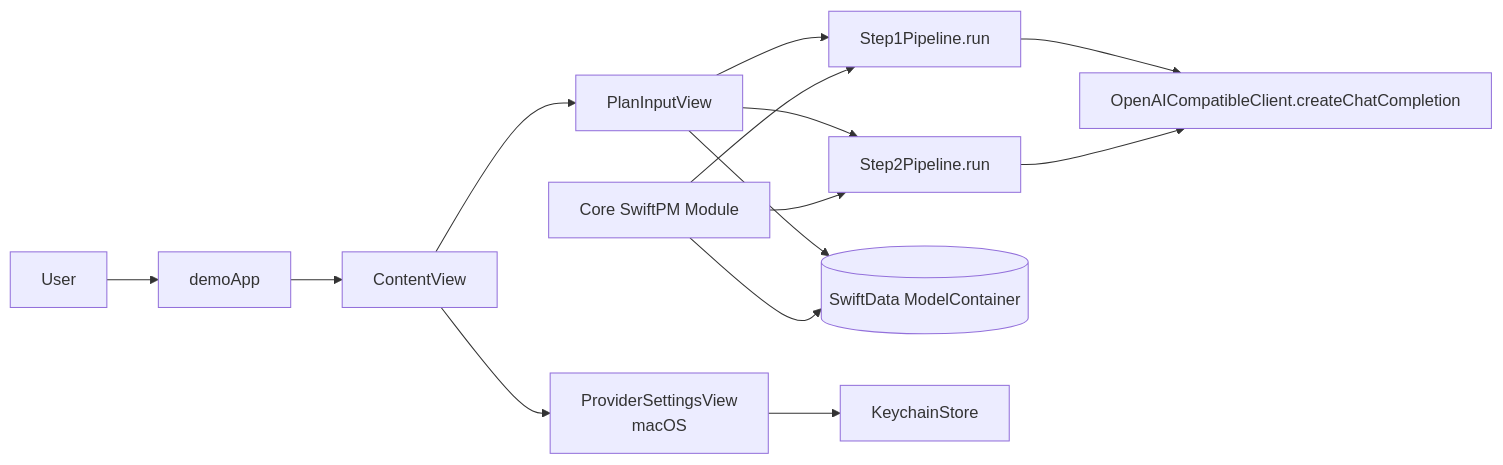
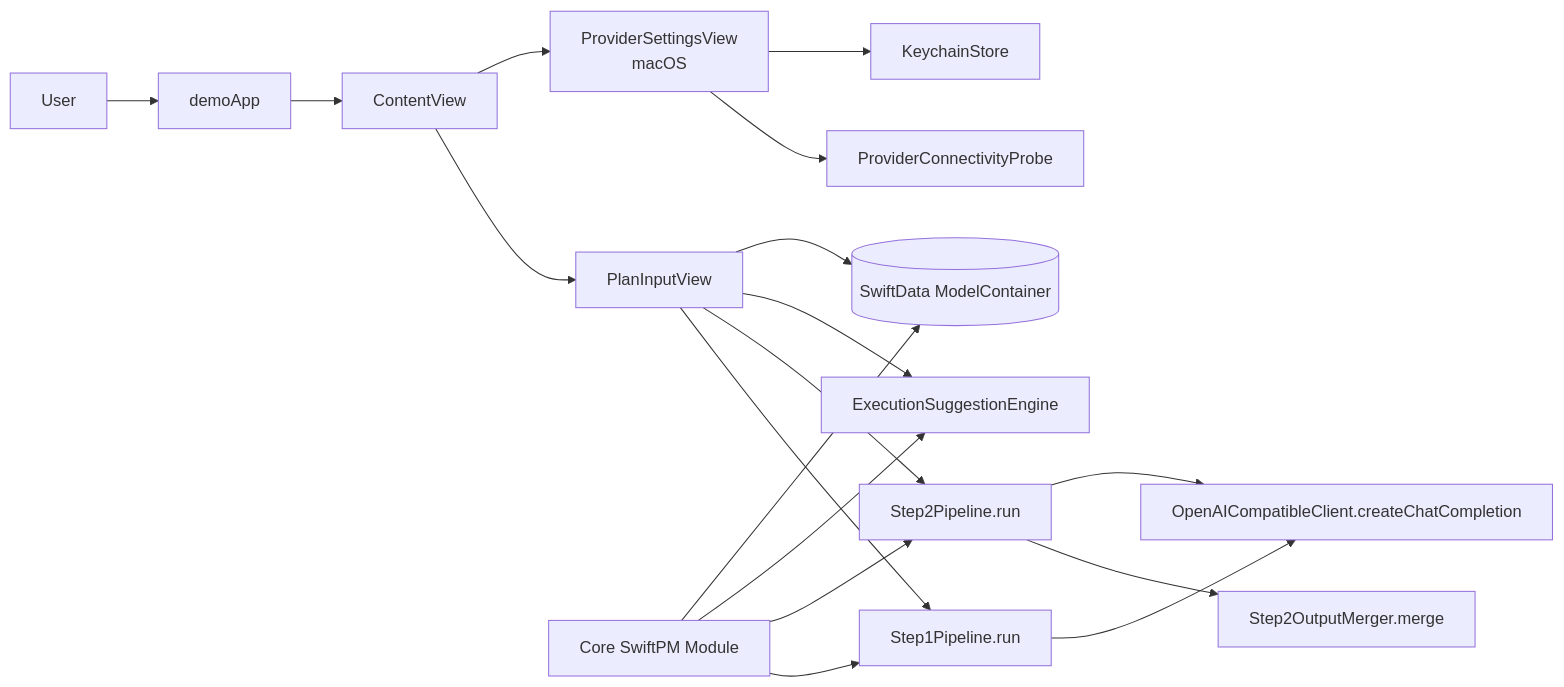
The first of 3 diagrams in docs/CODEBASE_MAP.md (Aeonbrk/Swiftdemo), drawn with Mermaid before and after one commit. The commit also changed other lines of this file and 35 other files, not shown here.

````diff
--- a/docs/CODEBASE_MAP.md
+++ b/docs/CODEBASE_MAP.md
@@ -14,19 +14,23 @@
 ```mermaid
 flowchart LR
   U[User] --> APP[demoApp]
   APP --> CV[ContentView]
   CV --> PIV[PlanInputView]
   CV --> PSV[ProviderSettingsView\nmacOS]
 
   PIV --> S1[Step1Pipeline.run]
   PIV --> S2[Step2Pipeline.run]
+  S2 --> MERGE[Step2OutputMerger.merge]
   S1 --> CLIENT[OpenAICompatibleClient.createChatCompletion]
   S2 --> CLIENT
 
+  PIV --> EXEC[ExecutionSuggestionEngine]
+  PSV --> PROBE[ProviderConnectivityProbe]
   PIV --> SWIFTDATA[(SwiftData ModelContainer)]
   PSV --> KEYCHAIN[KeychainStore]
 
   CORE[Core SwiftPM Module] --> S1
   CORE --> S2
+  CORE --> EXEC
   CORE --> SWIFTDATA
 ```
````
